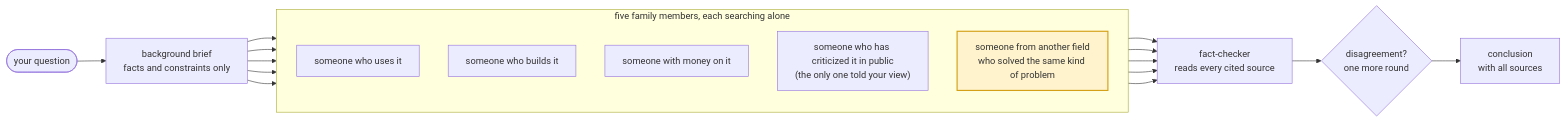
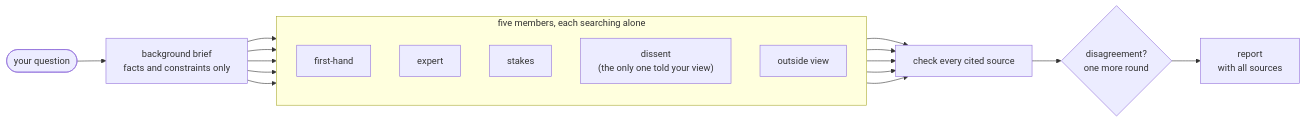
The diagram in README.md (xhyumiracle/family-skill), drawn with Mermaid before and after one commit. The commit also changed other lines of this file and 14 other files, not shown here.

First line of the commit message:
0.6.0: five members, one per kind of evidence; demo cut to three screens

````diff
--- a/README.md
+++ b/README.md
@@ -72,17 +72,16 @@
 ```mermaid
 flowchart LR
   Q([your question]) --> B["background brief<br/>facts and constraints only"]
-  subgraph crew ["five family members, each searching alone"]
+  subgraph crew ["five members, each searching alone"]
     direction TB
-    S1["someone who uses it"]
-    S2["someone who builds it"]
-    S3["someone with money on it"]
-    S4["someone who has criticized it in public<br/>(the only one told your view)"]
-    O["someone from another field<br/>who solved the same kind of problem"]:::far
+    S1["first-hand"]
+    S2["expert"]
+    S3["stakes"]
+    S4["dissent<br/>(the only one told your view)"]
+    S5["outside view"]
   end
-  B --> S1 & S2 & S3 & S4 & O
-  S1 & S2 & S3 & S4 & O --> V["fact-checker<br/>reads every cited source"]
+  B --> S1 & S2 & S3 & S4 & S5
+  S1 & S2 & S3 & S4 & S5 --> V["check every cited source"]
   V --> E{"disagreement?<br/>one more round"}
-  E --> R["conclusion<br/>with all sources"]
-  classDef far fill:#fff3cd,stroke:#d4a017,stroke-width:2px
+  E --> R["report<br/>with all sources"]
 ```
````
